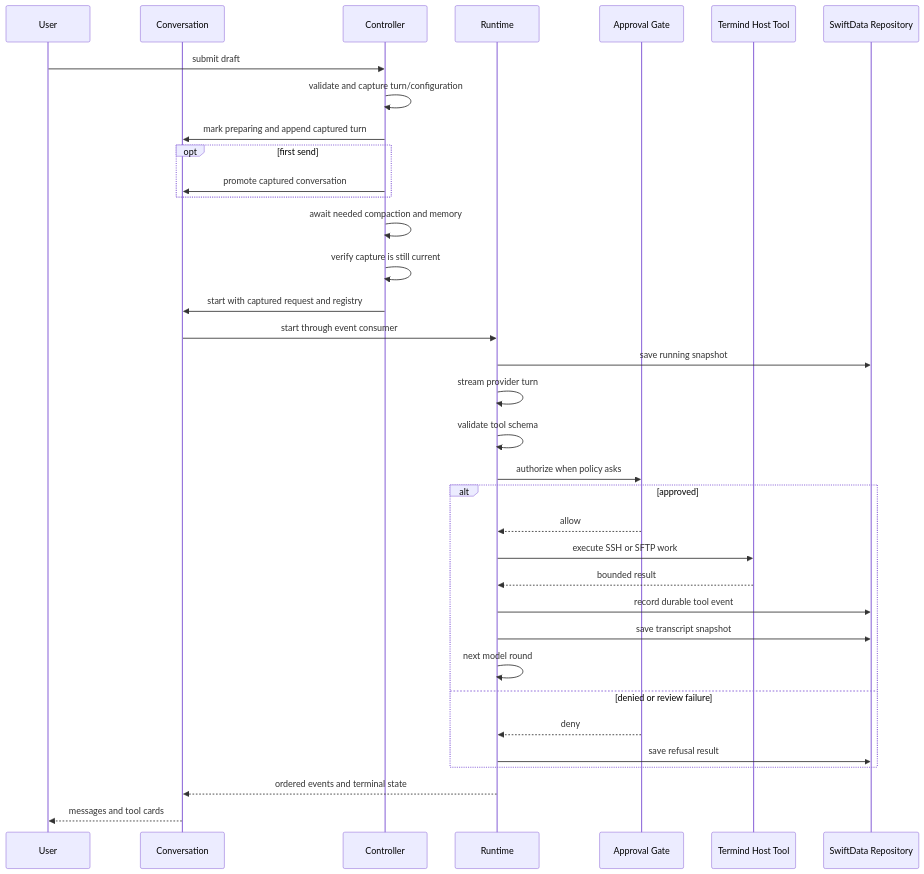
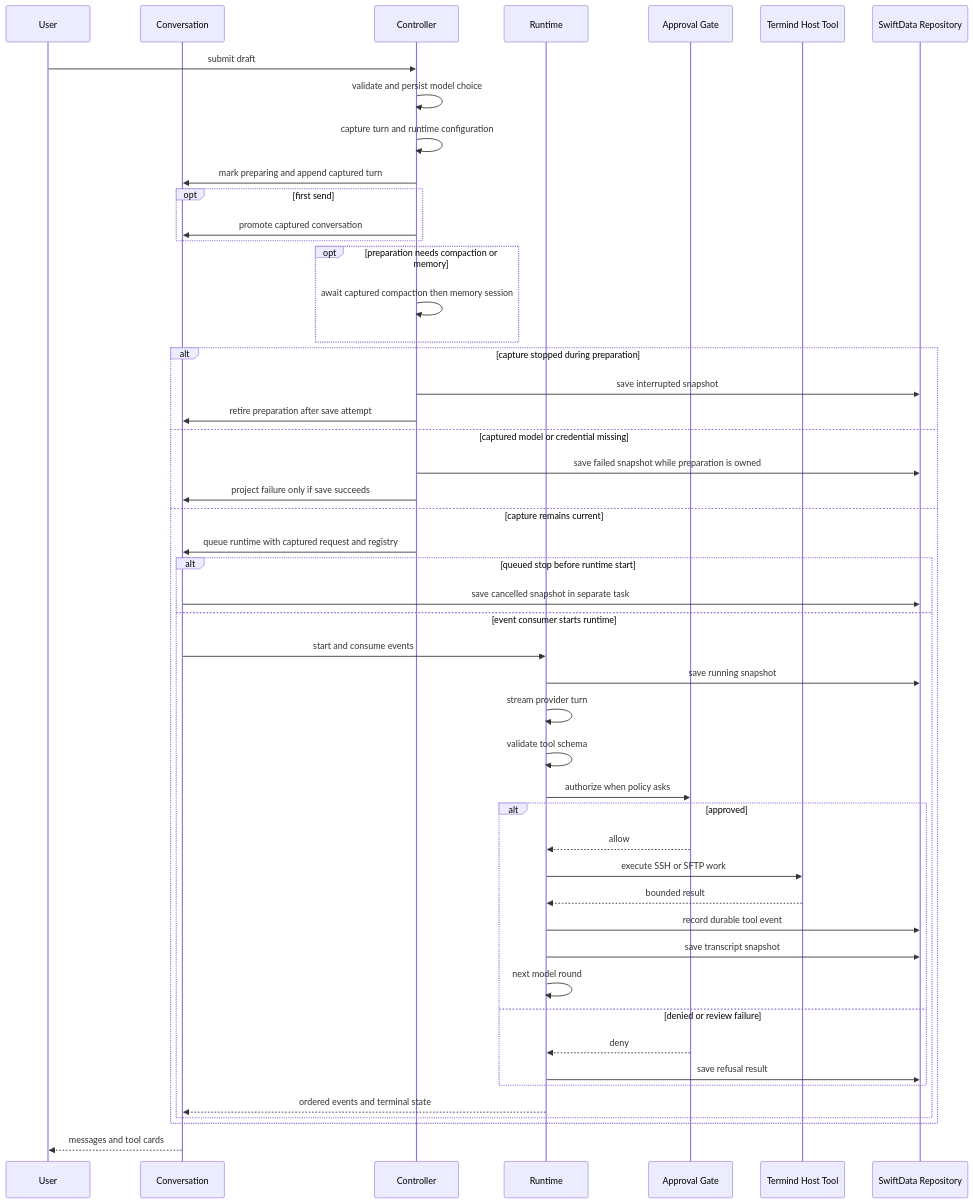
Before and after one commit to AkinoKaede/Termind: the first of 3 diagrams in openwiki/concepts/agent-runtime-and-assistant.md, drawn with Mermaid. The commit also changed other lines of this file and 49 other files, not shown here.

````diff
--- a/openwiki/concepts/agent-runtime-and-assistant.md
+++ b/openwiki/concepts/agent-runtime-and-assistant.md
@@ -146,38 +150,52 @@
 ```mermaid
 sequenceDiagram
     participant User
     participant Conversation
     participant Controller
     participant Runtime
     participant Gate as Approval Gate
     participant Host as Termind Host Tool
     participant Store as SwiftData Repository
 
     User->>Controller: submit draft
-    Controller->>Controller: validate and capture turn/configuration
+    Controller->>Controller: validate and persist model choice
+    Controller->>Controller: capture turn and runtime configuration
     Controller->>Conversation: mark preparing and append captured turn
     opt first send
         Controller->>Conversation: promote captured conversation
     end
-    Controller->>Controller: await needed compaction and memory
-    Controller->>Controller: verify capture is still current
-    Controller->>Conversation: start with captured request and registry
-    Conversation->>Runtime: start through event consumer
-    Runtime->>Store: save running snapshot
-    Runtime->>Runtime: stream provider turn
-    Runtime->>Runtime: validate tool schema
-    Runtime->>Gate: authorize when policy asks
-    alt approved
-        Gate-->>Runtime: allow
-        Runtime->>Host: execute SSH or SFTP work
-        Host-->>Runtime: bounded result
-        Runtime->>Store: record durable tool event
-        Runtime->>Store: save transcript snapshot
-        Runtime->>Runtime: next model round
-    else denied or review failure
-        Gate-->>Runtime: deny
-        Runtime->>Store: save refusal result
+    opt preparation needs compaction or memory
+        Controller->>Controller: await captured compaction then memory session
     end
-    Runtime-->>Conversation: ordered events and terminal state
+    alt capture stopped during preparation
+        Controller->>Store: save interrupted snapshot
+        Controller->>Conversation: retire preparation after save attempt
+    else captured model or credential missing
+        Controller->>Store: save failed snapshot while preparation is owned
+        Controller->>Conversation: project failure only if save succeeds
+    else capture remains current
+        Controller->>Conversation: queue runtime with captured request and registry
+        alt queued stop before runtime start
+            Conversation->>Store: save cancelled snapshot in separate task
+        else event consumer starts runtime
+            Conversation->>Runtime: start and consume events
+            Runtime->>Store: save running snapshot
+            Runtime->>Runtime: stream provider turn
+            Runtime->>Runtime: validate tool schema
+            Runtime->>Gate: authorize when policy asks
+            alt approved
+                Gate-->>Runtime: allow
+                Runtime->>Host: execute SSH or SFTP work
+                Host-->>Runtime: bounded result
+                Runtime->>Store: record durable tool event
+                Runtime->>Store: save transcript snapshot
+                Runtime->>Runtime: next model round
+            else denied or review failure
+                Gate-->>Runtime: deny
+                Runtime->>Store: save refusal result
+            end
+            Runtime-->>Conversation: ordered events and terminal state
+        end
+    end
     Conversation-->>User: messages and tool cards
 ```
````
